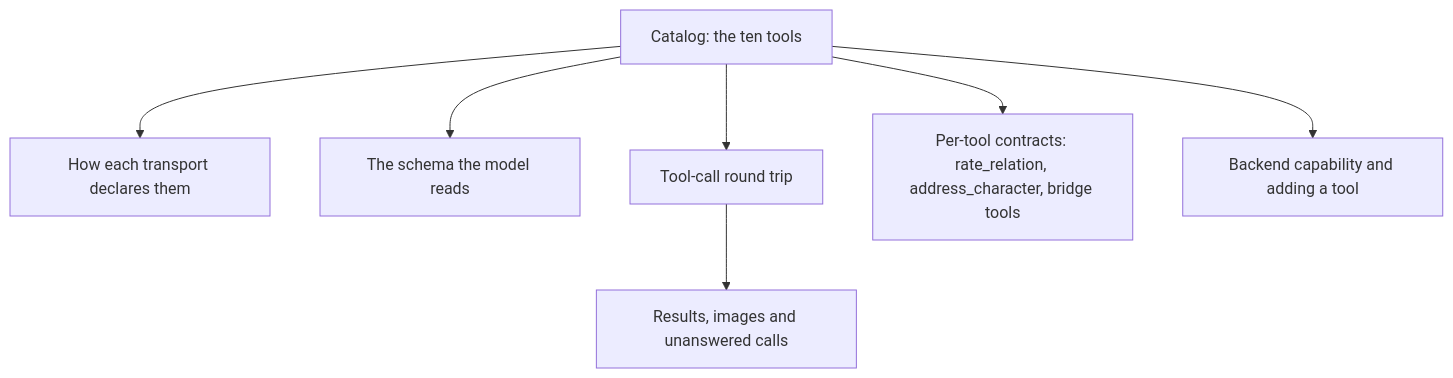
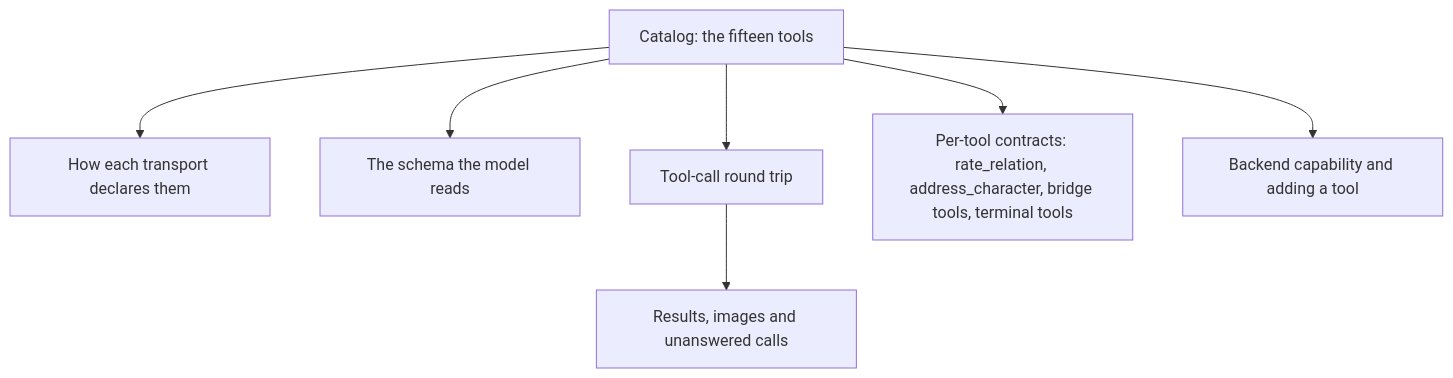
One commit to yw0nam/YUI changed the first of 3 diagrams in docs/reference/client-tools.md. Above: the diagram before and after it, drawn with Mermaid. The commit also changed other lines of this file and 2 other files, not shown here.

Commit message:
docs: Terminal, Terminal access, and the terminal tools (#1763)

````diff
--- a/docs/reference/client-tools.md
+++ b/docs/reference/client-tools.md
@@ -8,9 +8,9 @@
 ```mermaid
 flowchart TB
-  A["Catalog: the ten tools"] --> B["How each transport declares them"]
+  A["Catalog: the fifteen tools"] --> B["How each transport declares them"]
   A --> C["The schema the model reads"]
   A --> D["Tool-call round trip"]
   D --> E["Results, images and unanswered calls"]
-  A --> F["Per-tool contracts: rate_relation, address_character, bridge tools"]
+  A --> F["Per-tool contracts: rate_relation, address_character, bridge tools, terminal tools"]
   A --> G["Backend capability and adding a tool"]
 ```
````
